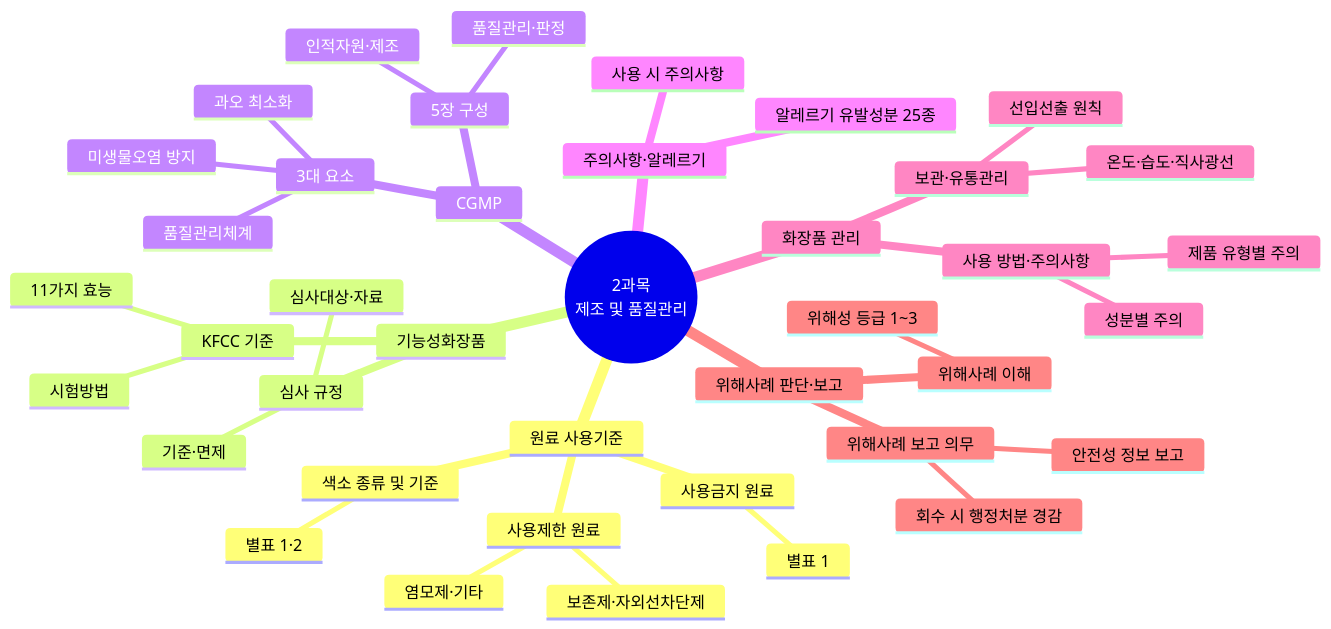
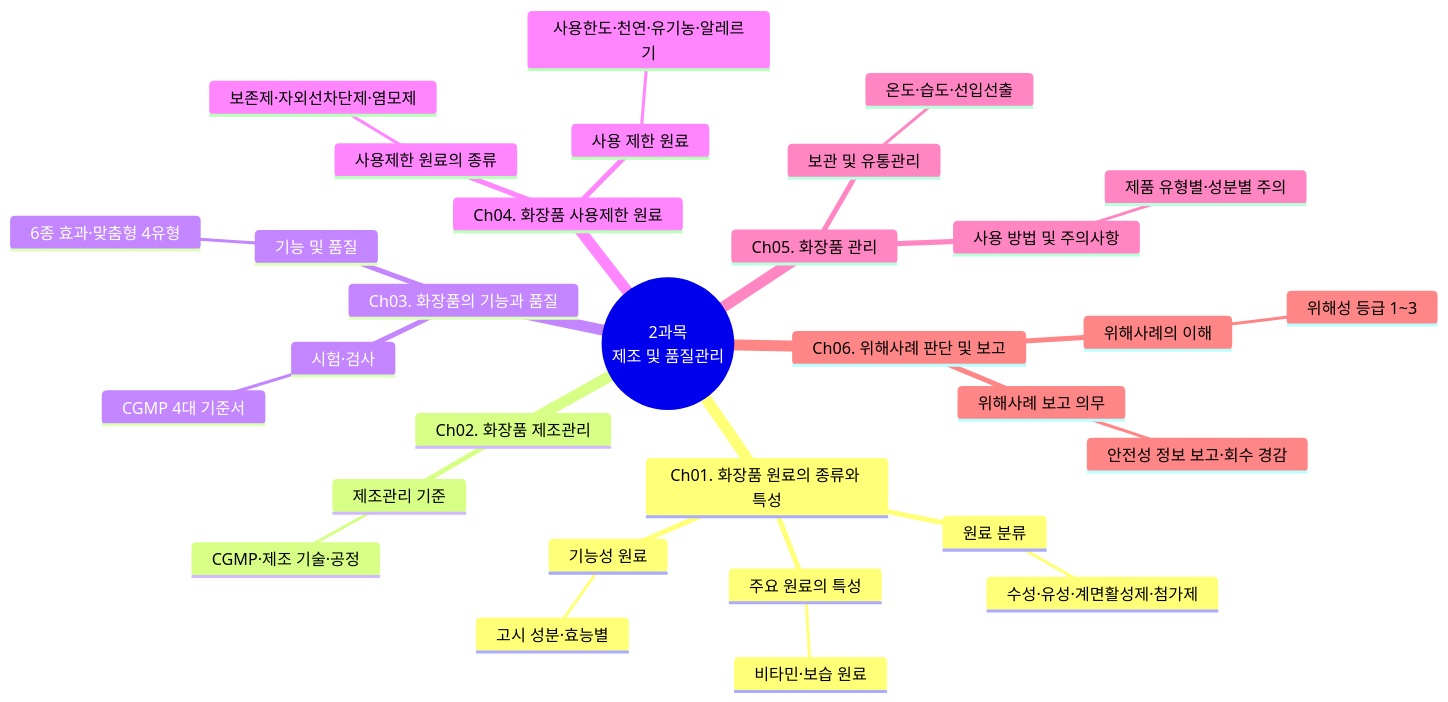
One commit to skygoldlee-cyber/Personalized_Skincare changed the first of 22 diagrams in content/교재/manufacturing/2과목_제조및품질관리_표준형.md. Above: the diagram before and after it, drawn with Mermaid. The commit also changed other lines of this file and 14 other files, not shown here.

````diff
--- a/content/교재/manufacturing/2과목_제조및품질관리_표준형.md
+++ b/content/교재/manufacturing/2과목_제조및품질관리_표준형.md
@@ -150,43 +150,34 @@
 ```mermaid
 mindmap
- root((2과목<br/>제조 및 품질관리))
-  원료 사용기준
-   사용금지 원료
-    별표 1
-   사용제한 원료
-    보존제·자외선차단제
-    염모제·기타
-   색소 종류 및 기준
-    별표 1·2
-  기능성화장품
-   심사 규정
-    심사대상·자료
-    기준·면제
-   KFCC 기준
-    11가지 효능
-    시험방법
-  CGMP
-   3대 요소
-    과오 최소화
-    미생물오염 방지
-    품질관리체계
-   5장 구성
-    인적자원·제조
-    품질관리·판정
-  주의사항·알레르기
-   알레르기 유발성분 25종
-   사용 시 주의사항
-  화장품 관리
-   보관·유통관리
-    온도·습도·직사광선
-    선입선출 원칙
-   사용 방법·주의사항
-    제품 유형별 주의
-    성분별 주의
-  위해사례 판단·보고
-   위해사례 이해
-    위해성 등급 1~3
-   위해사례 보고 의무
-    안전성 정보 보고
-    회수 시 행정처분 경감
+  root((2과목<br/>제조 및 품질관리))
+    Ch01. 화장품 원료의 종류와 특성
+      원료 분류
+        수성·유성·계면활성제·첨가제
+      주요 원료의 특성
+        비타민·보습 원료
+      기능성 원료
+        고시 성분·효능별
+    Ch02. 화장품 제조관리
+      제조관리 기준
+        CGMP·제조 기술·공정
+    Ch03. 화장품의 기능과 품질
+      기능 및 품질
+        6종 효과·맞춤형 4유형
+      시험·검사
+        CGMP 4대 기준서
+    Ch04. 화장품 사용제한 원료
+      사용제한 원료의 종류
+        보존제·자외선차단제·염모제
+      사용 제한 원료
+        사용한도·천연·유기농·알레르기
+    Ch05. 화장품 관리
+      보관 및 유통관리
+        온도·습도·선입선출
+      사용 방법 및 주의사항
+        제품 유형별·성분별 주의
+    Ch06. 위해사례 판단 및 보고
+      위해사례의 이해
+        위해성 등급 1~3
+      위해사례 보고 의무
+        안전성 정보 보고·회수 경감
 ```
````
